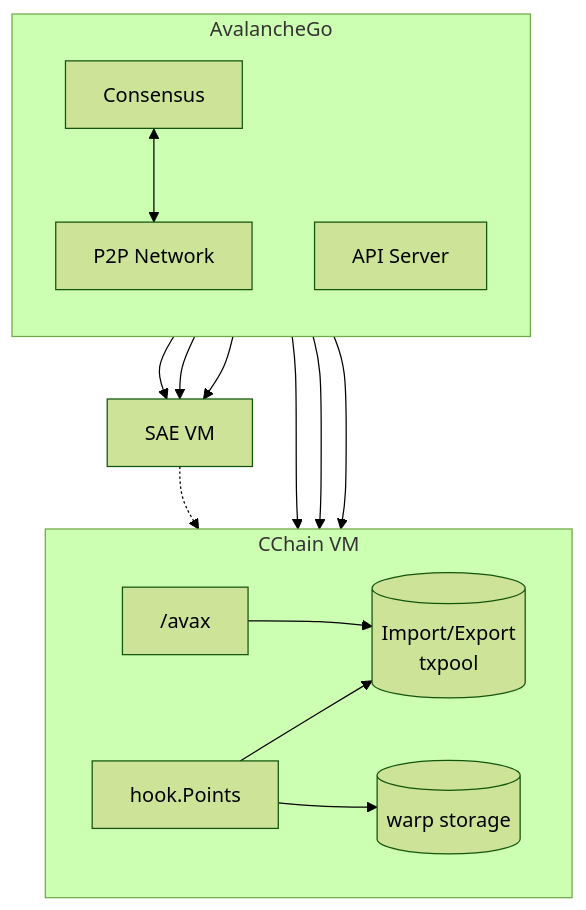
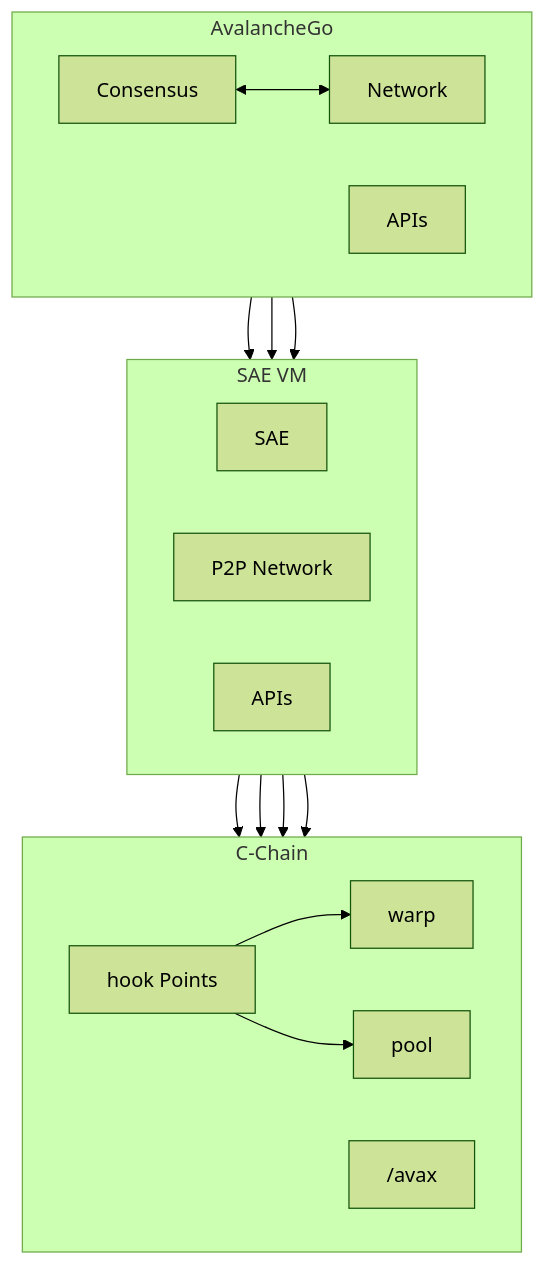
One commit to ava-labs/avalanchego changed the first of 4 diagrams in vms/saevm/cchain/README.md. Above: the diagram before and after it, drawn with Mermaid (forest theme). The commit also changed other lines of this file, not shown here.

````diff
--- a/vms/saevm/cchain/README.md
+++ b/vms/saevm/cchain/README.md
@@ -9,33 +9,37 @@
 ```mermaid
 flowchart TB
     subgraph avago["AvalancheGo"]
-        direction TB
+        direction LR
         consensus["Consensus"]
-        p2pin["P2P Network"]
-        httpd["API Server"]
-        consensus <--> p2pin
+        network["Network"]
+        apis_avago["APIs"]
+        consensus <--> network
     end
 
-    saevm["SAE VM"]
-
-    subgraph cchain["CChain VM"]
+    subgraph saevm["SAE VM"]
         direction LR
-        cc_rpc["/avax"]
-        cc_hook["hook.Points"]
-        cc_pool[("Import/Export<br/>txpool")]
-        cc_warp_store[("warp storage")]
+        sae["SAE"]
+        p2pn["P2P Network"]
+        apis_sae["APIs"]
     end
 
-    consensus --> saevm
-    p2pin --> saevm
-    httpd --> saevm
-    httpd --> cc_rpc
-    p2pin --> cc_pool
-    p2pin --> cc_warp_store
+    subgraph cchain["C-Chain"]
+        direction LR
+        hook["hook Points"]
+        warp["warp"]
+        pool["pool"]
+        avax["/avax"]
+    end
 
-    saevm -.-> cc_hook
+    consensus --> sae
+    network --> p2pn
+    apis_avago --> apis_sae
 
-    cc_rpc --> cc_pool
-    cc_hook --> cc_pool
-    cc_hook --> cc_warp_store
+    sae --> hook
+    p2pn --> warp
+    p2pn --> pool
+    apis_sae --> avax
+
+    hook --> warp
+    hook --> pool
 ```
````
